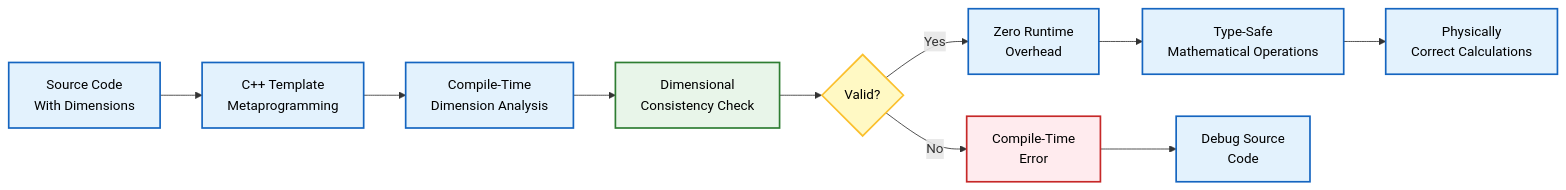
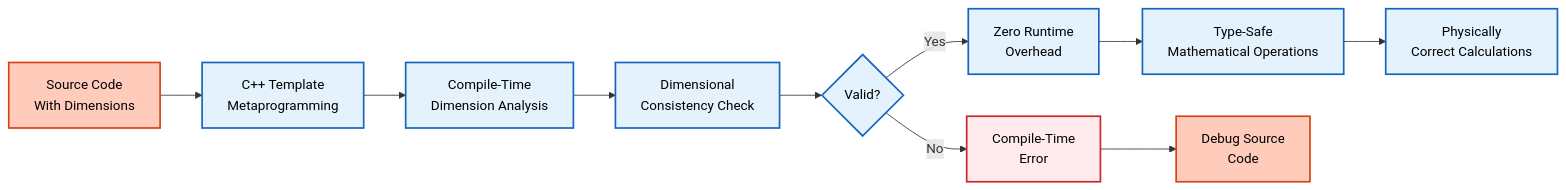
The third of 3 diagrams in MODULE_05_OPENFOAM_PROGRAMMING/CONTENT/02_DIMENSIONED_TYPES/01_Introduction.md (wramet/build-my-cfd), drawn with Mermaid before and after one commit. The commit also changed other lines of this file and 313 other files, not shown here.

Commit message:
Revise all diagram

````diff
--- a/MODULE_05_OPENFOAM_PROGRAMMING/CONTENT/02_DIMENSIONED_TYPES/01_Introduction.md
+++ b/MODULE_05_OPENFOAM_PROGRAMMING/CONTENT/02_DIMENSIONED_TYPES/01_Introduction.md
@@ -139,21 +140,15 @@
 ```mermaid
 flowchart LR
-    A["Source Code<br/>With Dimensions"] --> B["C++ Template<br/>Metaprogramming"]
-    B --> C["Compile-Time<br/>Dimension Analysis"]
-    C --> D["Dimensional<br/>Consistency Check"]
-    D --> E{"Valid?"}
-    E -->|Yes| F["Zero Runtime<br/>Overhead"]
-    E -->|No| G["Compile-Time<br/>Error"]
-    F --> H["Type-Safe<br/>Mathematical Operations"]
-    H --> I["Physically<br/>Correct Calculations"]
-    G --> J["Debug Source<br/>Code"]
-
-    classDef process fill:#e3f2fd,stroke:#1565c0,stroke-width:2px,color:#000;
-    classDef decision fill:#fff9c4,stroke:#fbc02d,stroke-width:2px,color:#000;
-    classDef terminator fill:#ffebee,stroke:#c62828,stroke-width:2px,color:#000;
-    classDef storage fill:#e8f5e9,stroke:#2e7d32,stroke-width:2px,color:#000;
-    class A,B,C,F,H,I,J process;
-    class E decision;
-    class G terminator;
-    class D storage;
+classDef explicit fill:#ffccbc,stroke:#d84315,stroke-width:2px,color:#000
+classDef implicit fill:#e3f2fd,stroke:#1565c0,stroke-width:2px,color:#000
+classDef error fill:#ffebee,stroke:#c62828,stroke-width:2px,color:#000
+A["Source Code<br/>With Dimensions"]:::explicit --> B["C++ Template<br/>Metaprogramming"]:::implicit
+B --> C["Compile-Time<br/>Dimension Analysis"]:::implicit
+C --> D["Dimensional<br/>Consistency Check"]:::implicit
+D --> E{"Valid?"}:::implicit
+E -->|Yes| F["Zero Runtime<br/>Overhead"]:::implicit
+E -->|No| G["Compile-Time<br/>Error"]:::error
+F --> H["Type-Safe<br/>Mathematical Operations"]:::implicit
+H --> I["Physically<br/>Correct Calculations"]:::implicit
+G --> J["Debug Source<br/>Code"]:::explicit
 ```
````
